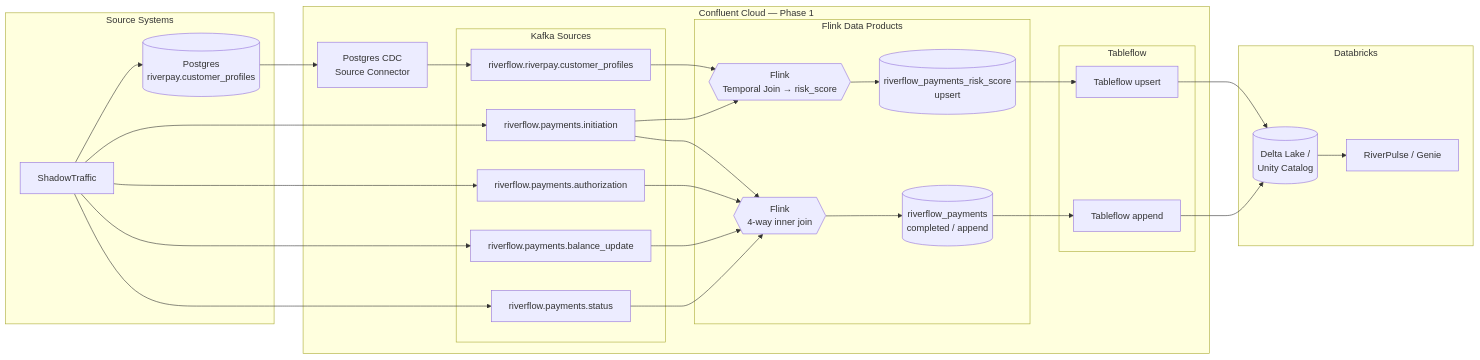
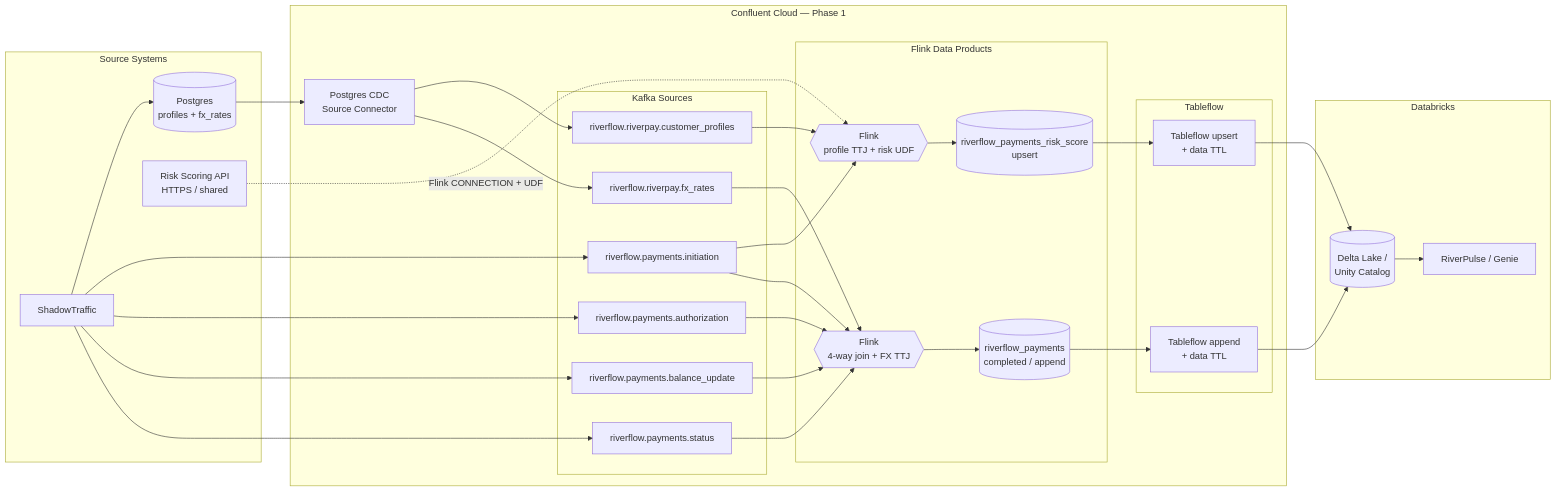
Before and after one commit to confluentinc/workshop-fsi-payments: the diagram in README.md, drawn with Mermaid. The commit also changed other lines of this file and 190 other files, not shown here.

````diff
--- a/README.md
+++ b/README.md
@@ -71,30 +95,34 @@
 ```mermaid
 flowchart LR
     ST["ShadowTraffic"]
-    PG[("Postgres<br/>riverpay.customer_profiles")]
+    PG[("Postgres<br/>profiles + fx_rates")]
+    RISK["Risk Scoring API<br/>HTTPS / shared"]
 
     subgraph SRC["Source Systems"]
         ST
         PG
+        RISK
     end
 
     CDC["Postgres CDC<br/>Source Connector"]
     T_CDC["riverflow.riverpay.customer_profiles"]
+    T_FX["riverflow.riverpay.fx_rates"]
     T_INIT["riverflow.payments.initiation"]
     T_AUTH["riverflow.payments.authorization"]
     T_BAL["riverflow.payments.balance_update"]
     T_STAT["riverflow.payments.status"]
     T_PAY[("riverflow_payments<br/>completed / append")]
     T_RISK[("riverflow_payments_risk_score<br/>upsert")]
-    FLINK_PAY{{"Flink<br/>4-way inner join"}}
-    FLINK_RISK{{"Flink<br/>Temporal Join → risk_score"}}
-    TF_PAY["Tableflow append"]
-    TF_RISK["Tableflow upsert"]
+    FLINK_PAY{{"Flink<br/>4-way join + FX TTJ"}}
+    FLINK_RISK{{"Flink<br/>profile TTJ + risk UDF"}}
+    TF_PAY["Tableflow append<br/>+ data TTL"]
+    TF_RISK["Tableflow upsert<br/>+ data TTL"]
 
     subgraph CC["Confluent Cloud — Phase 1"]
         CDC
         subgraph TOPICS["Kafka Sources"]
             T_CDC
+            T_FX
             T_INIT
             T_AUTH
             T_BAL
@@ -126,16 +154,20 @@
     ST --> T_BAL
     ST --> T_STAT
 
-    PG --> CDC --> T_CDC
+    PG --> CDC
+    CDC --> T_CDC
+    CDC --> T_FX
 
     T_CDC --> FLINK_RISK
     T_INIT --> FLINK_RISK
+    RISK -.->|"Flink CONNECTION + UDF"| FLINK_RISK
     FLINK_RISK --> T_RISK
 
     T_INIT --> FLINK_PAY
     T_AUTH --> FLINK_PAY
     T_BAL --> FLINK_PAY
     T_STAT --> FLINK_PAY
+    T_FX --> FLINK_PAY
     FLINK_PAY --> T_PAY
 
     T_PAY --> TF_PAY
````
